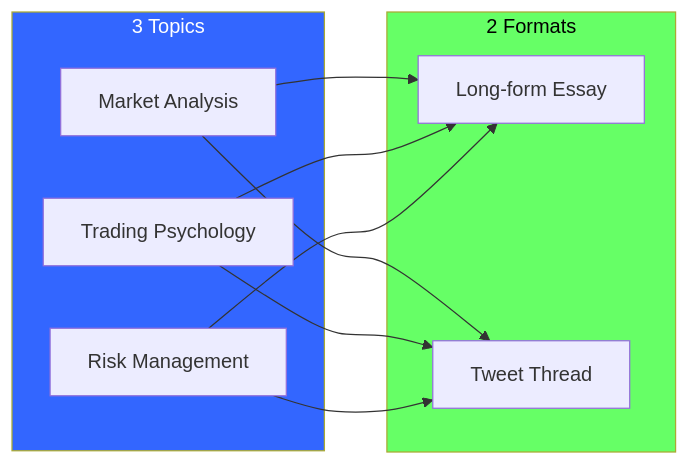
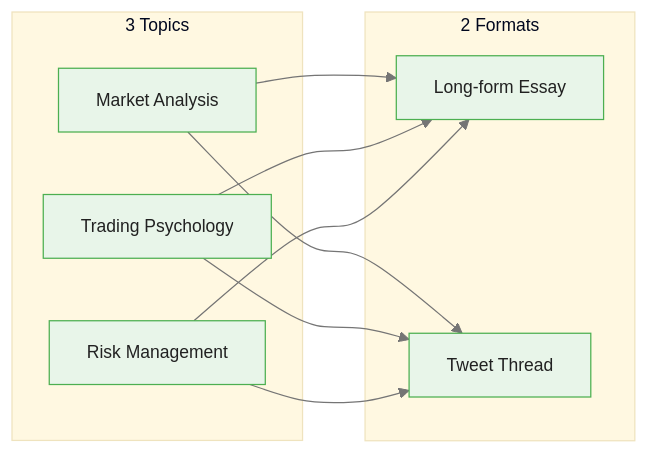
Before and after one commit to m-deane/course-creator: the second of 4 diagrams in courses/multi-armed-bandits-ab-testing/modules/module_04_content_growth_optimization/guides/01_creator_bandit_playbook_slides.md, drawn with Mermaid. The commit also changed other lines of this file and 146 other files, not shown here.

````diff
--- a/courses/multi-armed-bandits-ab-testing/modules/module_04_content_growth_optimization/guides/01_creator_bandit_playbook_slides.md
+++ b/courses/multi-armed-bandits-ab-testing/modules/module_04_content_growth_optimization/guides/01_creator_bandit_playbook_slides.md
@@ -70,18 +88,16 @@
 ```mermaid
+%%{init: {"theme": "base", "themeVariables": {"primaryColor": "#e8f5e9", "primaryBorderColor": "#4caf50", "primaryTextColor": "#212121", "secondaryColor": "#e3f2fd", "tertiaryColor": "#fff8e1", "lineColor": "#757575", "fontFamily": "Inter, sans-serif", "fontSize": "14px"}}}%%
 flowchart LR
     subgraph Topics["3 Topics"]
         T1["Market Analysis"]
         T2["Trading Psychology"]
         T3["Risk Management"]
     end
     subgraph Formats["2 Formats"]
         F1["Long-form Essay"]
         F2["Tweet Thread"]
     end
     T1 --> F1 & F2
     T2 --> F1 & F2
     T3 --> F1 & F2
-
-    style Topics fill:#36f,color:#fff
-    style Formats fill:#6f6,color:#000
 ```
````
